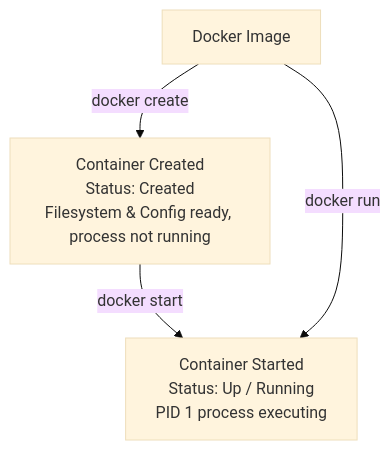
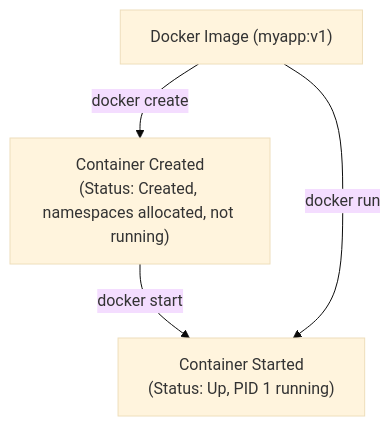
The third of 3 diagrams in day-01-docker-fundamentals/docker-lifecycle.md (muskuVenkatesh/DockerPractice), drawn with Mermaid (base theme) before and after one commit. The commit also changed other lines of this file, not shown here.

````diff
--- a/day-01-docker-fundamentals/docker-lifecycle.md
+++ b/day-01-docker-fundamentals/docker-lifecycle.md
@@ -285,6 +306,7 @@
 ```mermaid
 flowchart TD
-    IMG[Docker Image] -->|docker create| CREATED[Container Created<br/>Status: Created<br/>Filesystem & Config ready, process not running]
-    CREATED -->|docker start| RUNNING[Container Started<br/>Status: Up / Running<br/>PID 1 process executing]
-    IMG -->|docker run| RUNNING
+    IMG["Docker Image (myapp:v1)"]
+    IMG -->|"docker create"| CREATED["Container Created<br/>(Status: Created, namespaces allocated, not running)"]
+    CREATED -->|"docker start"| RUNNING["Container Started<br/>(Status: Up, PID 1 running)"]
+    IMG -->|"docker run"| RUNNING
 ```
````
